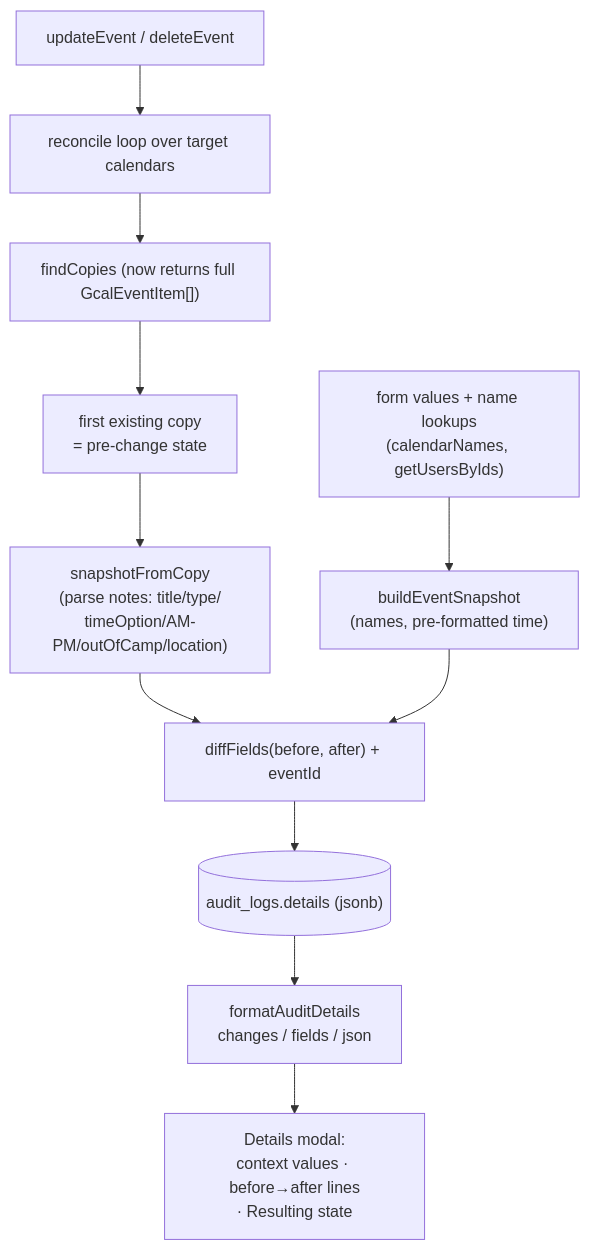
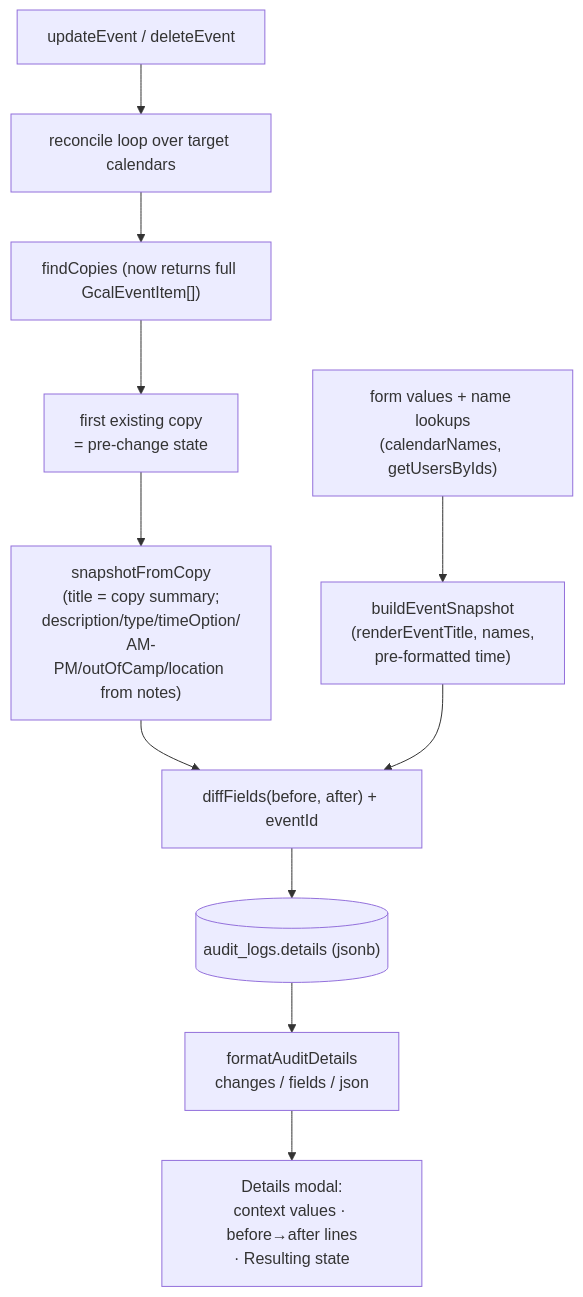
Before and after one commit to oncloudnintynineone-source/cloudy2: diagram 45 of 45 in progress.md, drawn with Mermaid. The commit also changed other lines of this file and 8 other files, not shown here.

````diff
--- a/progress.md
+++ b/progress.md
@@ -3603,13 +3606,13 @@
 ```mermaid
 flowchart TD
     A["updateEvent / deleteEvent"] --> B["reconcile loop over target calendars"]
     B --> C["findCopies (now returns full GcalEventItem[])"]
     C --> D["first existing copy<br/>= pre-change state"]
-    D --> E["snapshotFromCopy<br/>(parse notes: title/type/<br/>timeOption/AM-PM/outOfCamp/location)"]
-    F["form values + name lookups<br/>(calendarNames, getUsersByIds)"] --> G["buildEventSnapshot<br/>(names, pre-formatted time)"]
+    D --> E["snapshotFromCopy<br/>(title = copy summary;<br/>description/type/timeOption/<br/>AM-PM/outOfCamp/location from notes)"]
+    F["form values + name lookups<br/>(calendarNames, getUsersByIds)"] --> G["buildEventSnapshot<br/>(renderEventTitle, names,<br/>pre-formatted time)"]
     E --> H["diffFields(before, after) + eventId"]
     G --> H
     H --> I[("audit_logs.details (jsonb)")]
     I --> J["formatAuditDetails<br/>changes / fields / json"]
     J --> K["Details modal:<br/>context values · before→after lines<br/>· Resulting state"]
 ```
````
